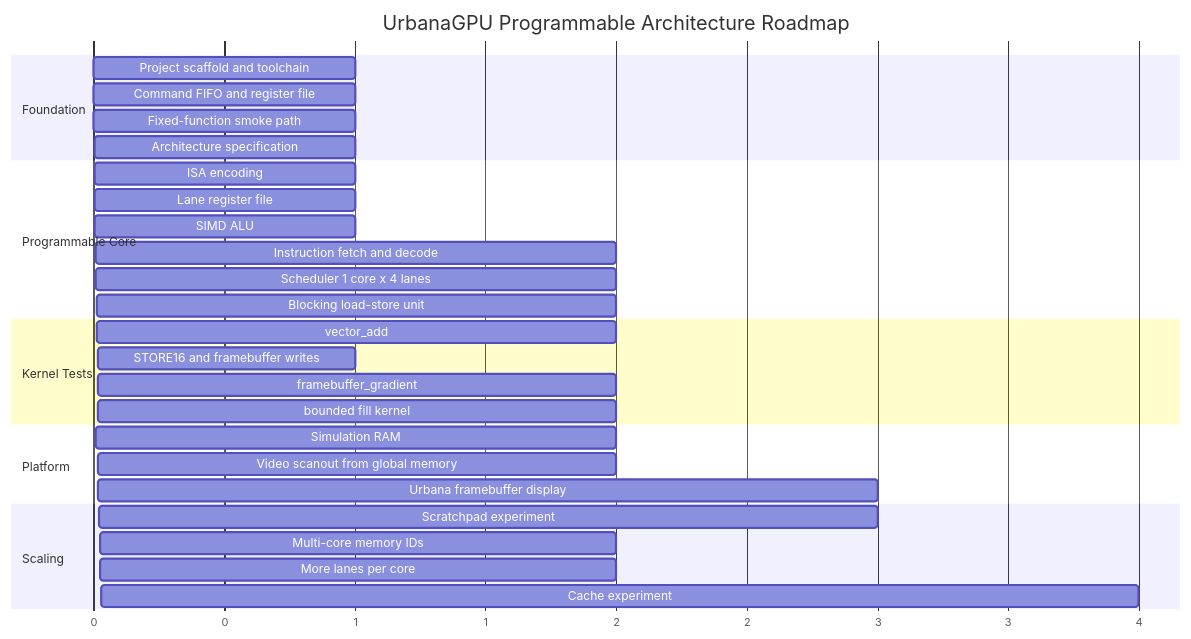
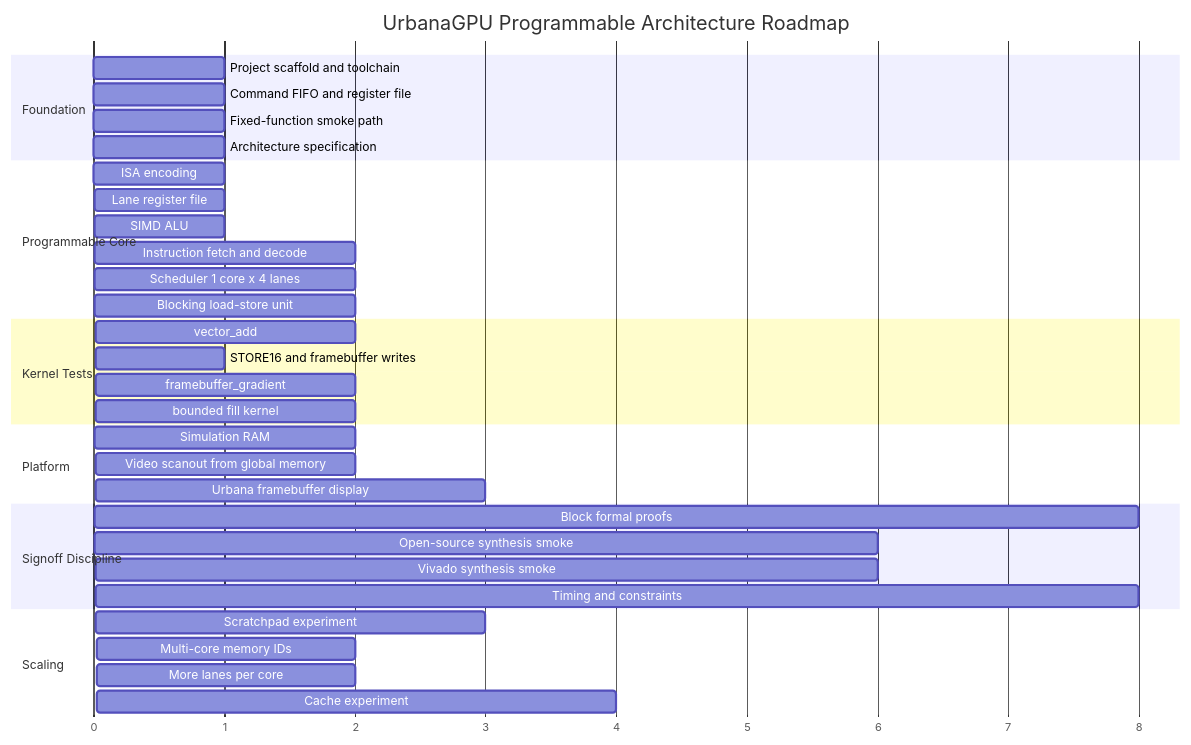
One commit to amanpdesai/baby-gpu changed the diagram in docs/roadmap.md. Above: the diagram before and after it, drawn with Mermaid. The commit also changed other lines of this file and 2 other files, not shown here.

Commit message:
docs: define signoff verification strategy

````diff
--- a/docs/roadmap.md
+++ b/docs/roadmap.md
@@ -10,32 +10,37 @@
 ```mermaid
 gantt
   title UrbanaGPU Programmable Architecture Roadmap
   dateFormat X
   axisFormat %s
   section Foundation
   Project scaffold and toolchain      :0, 1
   Command FIFO and register file      :1, 1
   Fixed-function smoke path           :2, 1
   Architecture specification          :3, 1
   section Programmable Core
   ISA encoding                        :4, 1
   Lane register file                  :5, 1
   SIMD ALU                            :6, 1
   Instruction fetch and decode        :7, 2
   Scheduler 1 core x 4 lanes          :9, 2
   Blocking load-store unit            :11, 2
   section Kernel Tests
   vector_add                          :13, 2
   STORE16 and framebuffer writes      :15, 1
   framebuffer_gradient                :16, 2
   bounded fill kernel                 :18, 2
   section Platform
   Simulation RAM                      :10, 2
   Video scanout from global memory    :16, 2
   Urbana framebuffer display          :18, 3
+  section Signoff Discipline
+  Block formal proofs                 :7, 8
+  Open-source synthesis smoke         :10, 6
+  Vivado synthesis smoke              :14, 6
+  Timing and constraints              :16, 8
   section Scaling
   Scratchpad experiment               :21, 3
   Multi-core memory IDs               :24, 2
   More lanes per core                 :26, 2
   Cache experiment                    :28, 4
 ```
````
